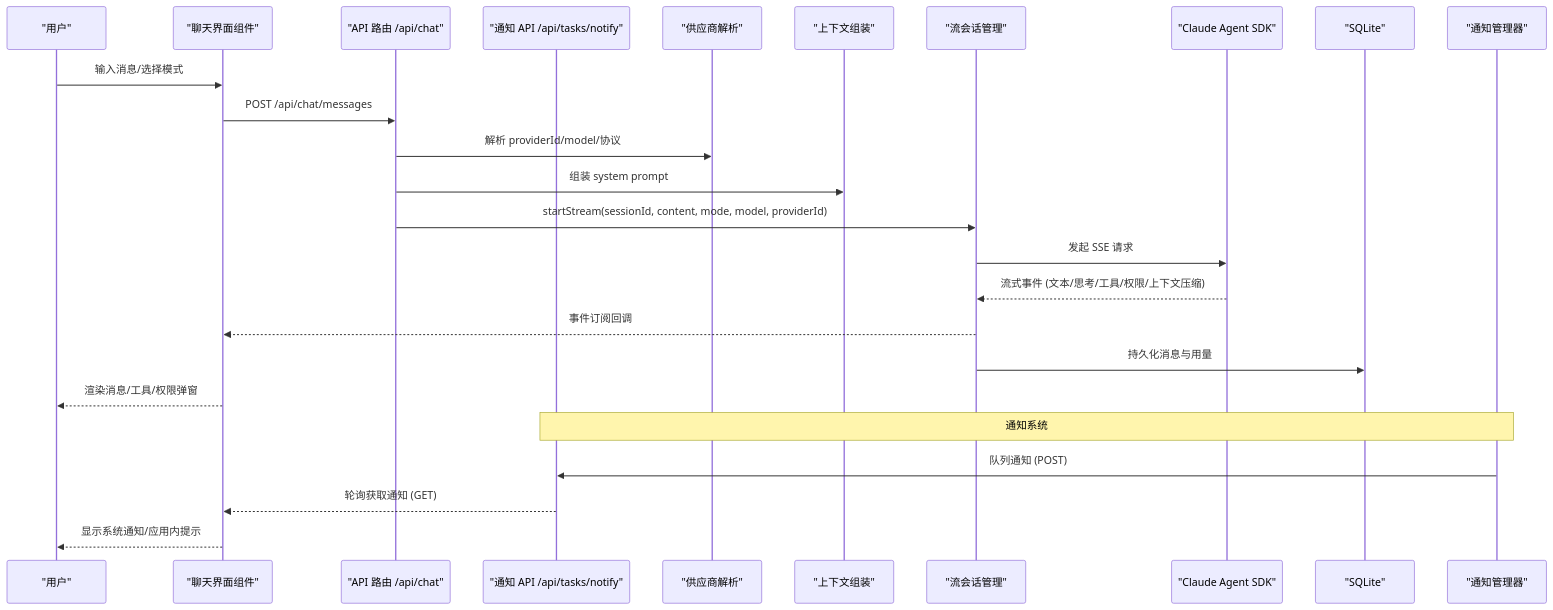
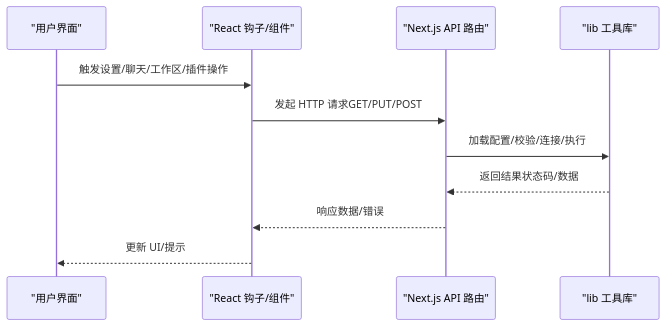
One commit to haolange/CodePilot changed the second of 7 diagrams in .qoder/repowiki/zh/content/核心功能/核心功能.md. Above: the diagram before and after it, drawn with Mermaid. The commit also changed other lines of this file and 203 other files, not shown here.

````diff
--- a/.qoder/repowiki/zh/content/核心功能/核心功能.md
+++ b/.qoder/repowiki/zh/content/核心功能/核心功能.md
@@ -159,27 +105,13 @@
 ```mermaid
 sequenceDiagram
-participant U as "用户"
-participant UI as "聊天界面组件"
-participant API as "API 路由 /api/chat"
-participant NotifyAPI as "通知 API /api/tasks/notify"
-participant Prov as "供应商解析"
-participant Ctx as "上下文组装"
-participant Sess as "流会话管理"
-participant SDK as "Claude Agent SDK"
-participant DB as "SQLite"
-participant NotifyMgr as "通知管理器"
-U->>UI : 输入消息/选择模式
-UI->>API : POST /api/chat/messages
-API->>Prov : 解析 providerId/model/协议
-API->>Ctx : 组装 system prompt
-API->>Sess : startStream(sessionId, content, mode, model, providerId)
-Sess->>SDK : 发起 SSE 请求
-SDK-->>Sess : 流式事件 (文本/思考/工具/权限/上下文压缩)
-Sess-->>UI : 事件订阅回调
-Sess->>DB : 持久化消息与用量
-UI-->>U : 渲染消息/工具/权限弹窗
-Note over NotifyMgr,NotifyAPI : 通知系统
-NotifyMgr->>NotifyAPI : 队列通知 (POST)
-NotifyAPI-->>UI : 轮询获取通知 (GET)
-UI-->>U : 显示系统通知/应用内提示
+participant U as "用户界面"
+participant H as "React 钩子/组件"
+participant R as "Next.js API 路由"
+participant L as "lib 工具库"
+U->>H : 触发设置/聊天/工作区/插件操作
+H->>R : 发起 HTTP 请求GET/PUT/POST
+R->>L : 加载配置/校验/连接/执行
+L-->>R : 返回结果状态码/数据
+R-->>H : 响应数据/错误
+H-->>U : 更新 UI/提示
 ```
````
